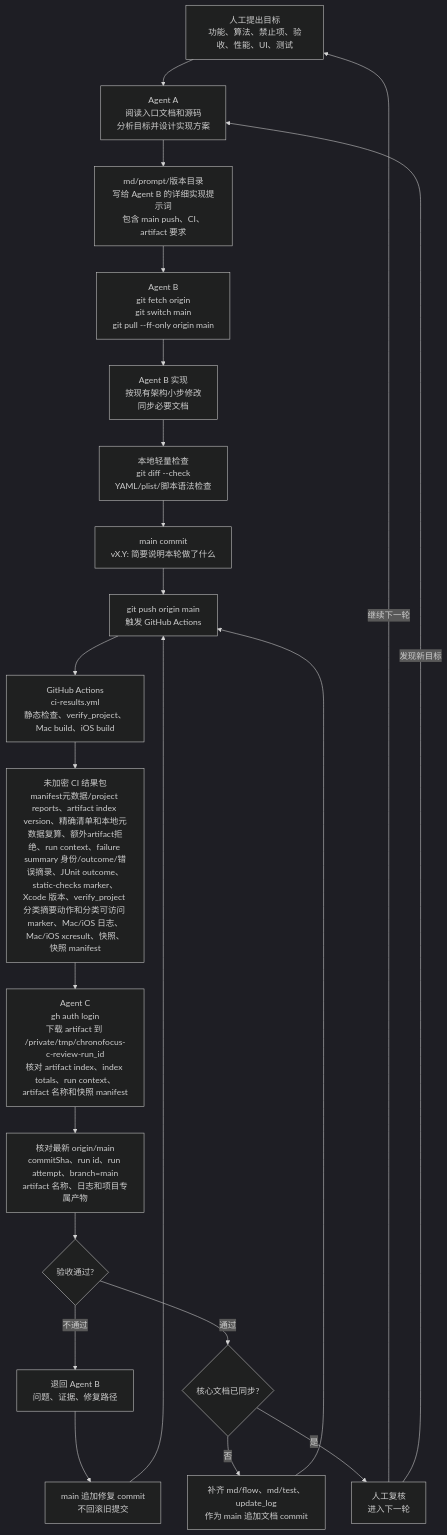
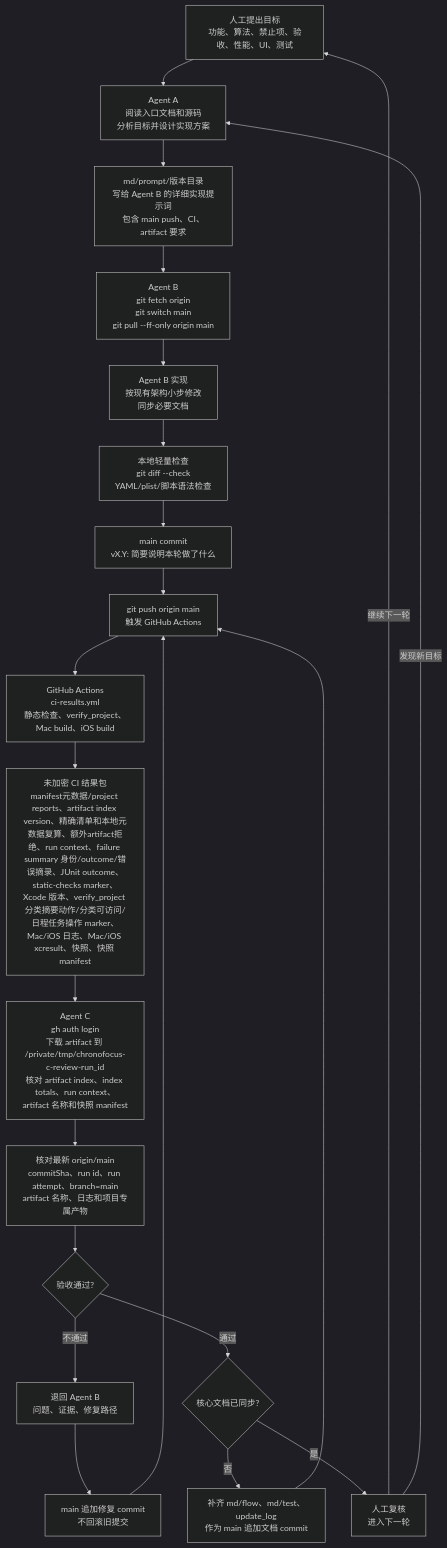
The fifth of 6 diagrams in md/flow/flowchart.md (Altman-sam114/114), drawn with Mermaid (dark theme) before and after one commit. The commit also changed other lines of this file and 9 other files, not shown here.

````diff
--- a/md/flow/flowchart.md
+++ b/md/flow/flowchart.md
@@ -102,24 +102,24 @@
 ```mermaid
 flowchart TD
   H["人工提出目标<br/>功能、算法、禁止项、验收、性能、UI、测试"] --> A["Agent A<br/>阅读入口文档和源码<br/>分析目标并设计实现方案"]
   A --> P["md/prompt/版本目录<br/>写给 Agent B 的详细实现提示词<br/>包含 main push、CI、artifact 要求"]
   P --> B0["Agent B<br/>git fetch origin<br/>git switch main<br/>git pull --ff-only origin main"]
   B0 --> B1["Agent B 实现<br/>按现有架构小步修改<br/>同步必要文档"]
   B1 --> L["本地轻量检查<br/>git diff --check<br/>YAML/plist/脚本语法检查"]
   L --> G["main commit<br/>vX.Y: 简要说明本轮做了什么"]
   G --> PUSH["git push origin main<br/>触发 GitHub Actions"]
   PUSH --> CI["GitHub Actions<br/>ci-results.yml<br/>静态检查、verify_project、Mac build、iOS build"]
-  CI --> ART["未加密 CI 结果包<br/>manifest元数据/project reports、artifact index version、精确清单和本地元数据复算、额外artifact拒绝、run context、failure summary 身份/outcome/错误摘录、JUnit outcome、static-checks marker、Xcode 版本、verify_project 分类摘要动作和分类可访问 marker、Mac/iOS 日志、Mac/iOS xcresult、快照、快照 manifest"]
+  CI --> ART["未加密 CI 结果包<br/>manifest元数据/project reports、artifact index version、精确清单和本地元数据复算、额外artifact拒绝、run context、failure summary 身份/outcome/错误摘录、JUnit outcome、static-checks marker、Xcode 版本、verify_project 分类摘要动作/分类可访问/日程任务操作 marker、Mac/iOS 日志、Mac/iOS xcresult、快照、快照 manifest"]
   ART --> C["Agent C<br/>gh auth login<br/>下载 artifact 到 /private/tmp/chronofocus-c-review-run_id<br/>核对 artifact index、index totals、run context、artifact 名称和快照 manifest"]
   C --> V["核对最新 origin/main<br/>commitSha、run id、run attempt、branch=main<br/>artifact 名称、日志和项目专属产物"]
   V --> PASS{"验收通过?"}
   PASS -->|不通过| BACK["退回 Agent B<br/>问题、证据、修复路径"]
   BACK --> FIX["main 追加修复 commit<br/>不回滚旧提交"]
   FIX --> PUSH
   PASS -->|通过| DOC{"核心文档已同步?"}
   DOC -->|否| D["补齐 md/flow、md/test、update_log<br/>作为 main 追加文档 commit"]
   D --> PUSH
   DOC -->|是| J["人工复核<br/>进入下一轮"]
   J -->|继续下一轮| H
   J -->|发现新目标| A
 ```
````
